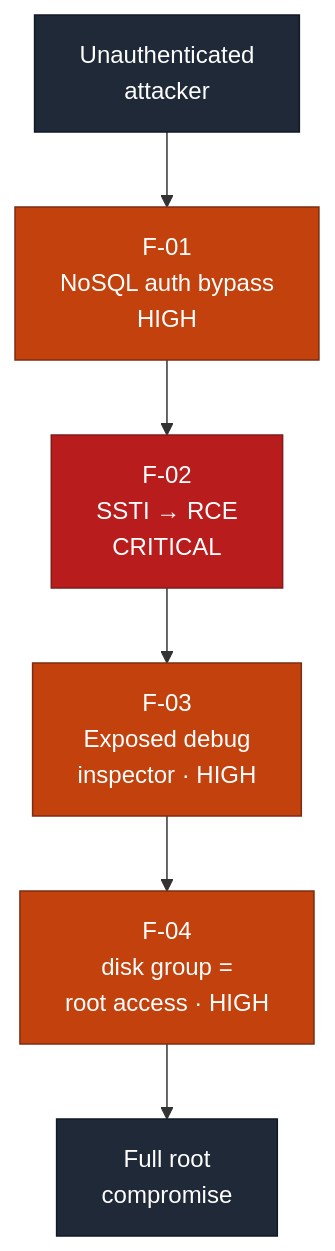
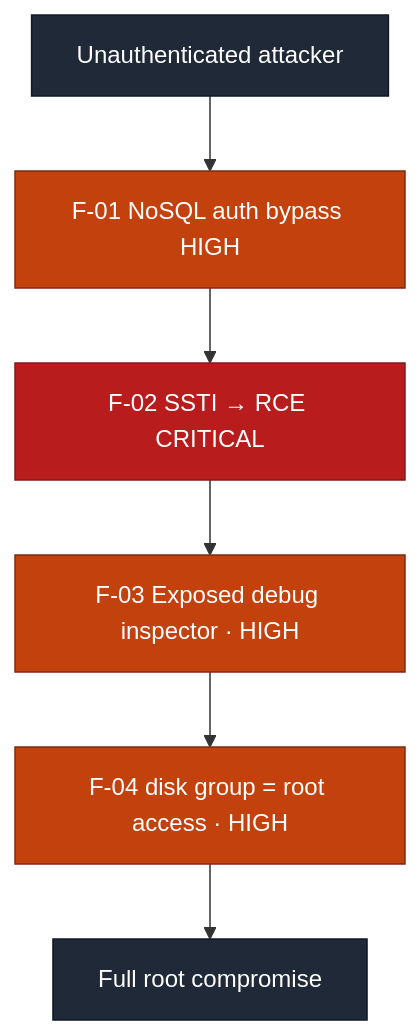
The first of 2 diagrams in reports/host-compromise-2026-08.md (ouroboros-white/cybersecurity-portfolio), drawn with Mermaid before and after one commit. The commit also changed 5 other files, not shown here.

First line of the commit message:
fix: drop <br/> from mermaid labels so diagrams render everywhere

````diff
--- a/reports/host-compromise-2026-08.md
+++ b/reports/host-compromise-2026-08.md
@@ -51,14 +51,14 @@
 ```mermaid
 flowchart TD
-    S["Unauthenticated<br/>attacker"] --> F1["F-01<br/>NoSQL auth bypass<br/>HIGH"]
-    F1 --> F2["F-02<br/>SSTI → RCE<br/>CRITICAL"]
-    F2 --> F3["F-03<br/>Exposed debug<br/>inspector · HIGH"]
-    F3 --> F4["F-04<br/>disk group =<br/>root access · HIGH"]
-    F4 --> R["Full root<br/>compromise"]
+    S["Unauthenticated attacker"] --> F1["F-01 NoSQL auth bypass HIGH"]
+    F1 --> F2["F-02 SSTI → RCE CRITICAL"]
+    F2 --> F3["F-03 Exposed debug inspector · HIGH"]
+    F3 --> F4["F-04 disk group = root access · HIGH"]
+    F4 --> R["Full root compromise"]
     classDef crit fill:#b91c1c,stroke:#7f1d1d,color:#ffffff;
     classDef high fill:#c2410c,stroke:#7c2d12,color:#ffffff;
     classDef term fill:#1f2937,stroke:#111827,color:#ffffff;
     class F2 crit;
     class F1,F3,F4 high;
     class S,R term;
 ```
````
